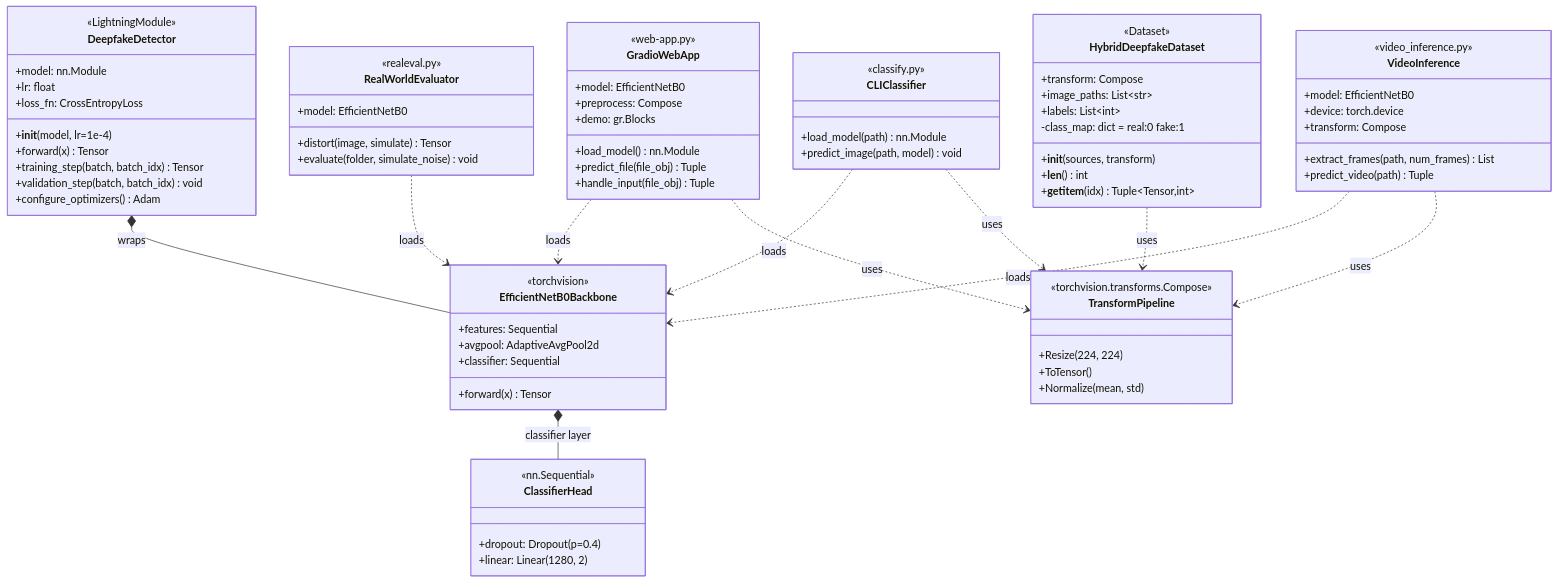
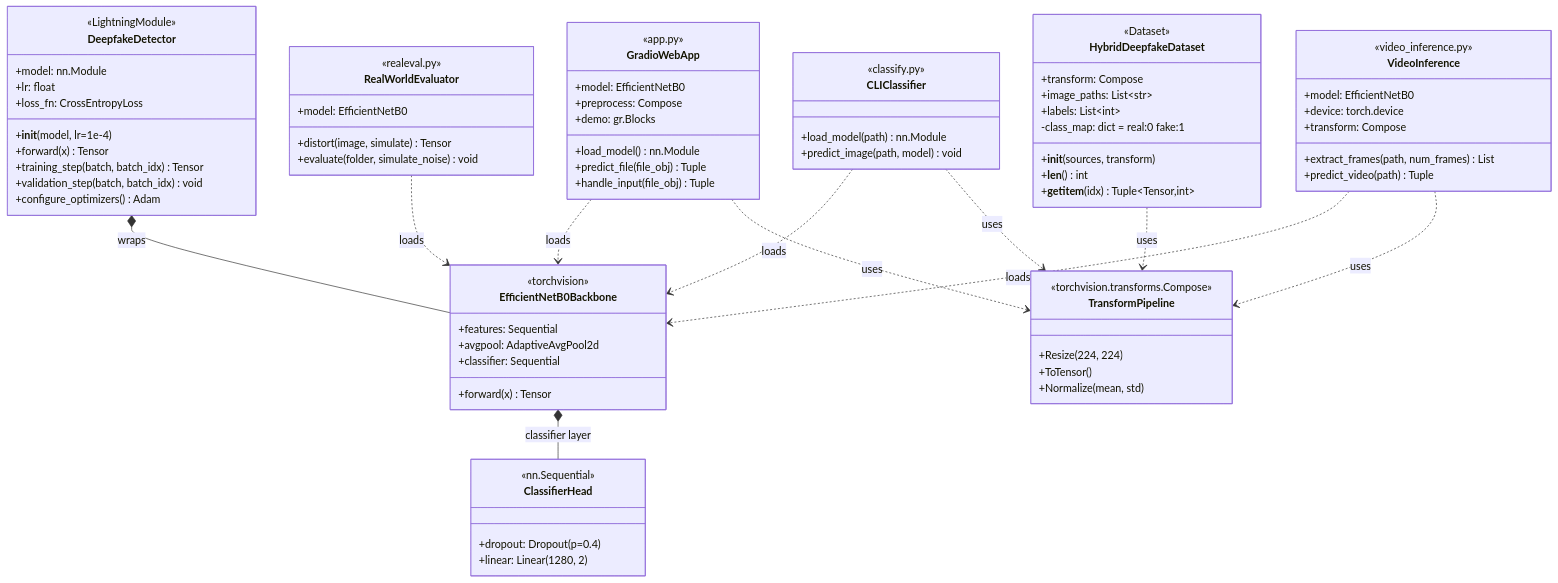
Before and after one commit to sagarbhati23/deepfake-detector: the ninth of 20 diagrams in ARCHITECTURE.md, drawn with Mermaid. The commit also changed other lines of this file and 2 other files, not shown here.

Commit message:
Rename web-app.py to app.py and update references in documentation

```diff
--- a/ARCHITECTURE.md
+++ b/ARCHITECTURE.md
@@ -438,7 +438,7 @@
     }
 
     class GradioWebApp {
-        <<web-app.py>>
+        <<app.py>>
         +model: EfficientNetB0
         +preprocess: Compose
         +load_model() nn.Module
```
